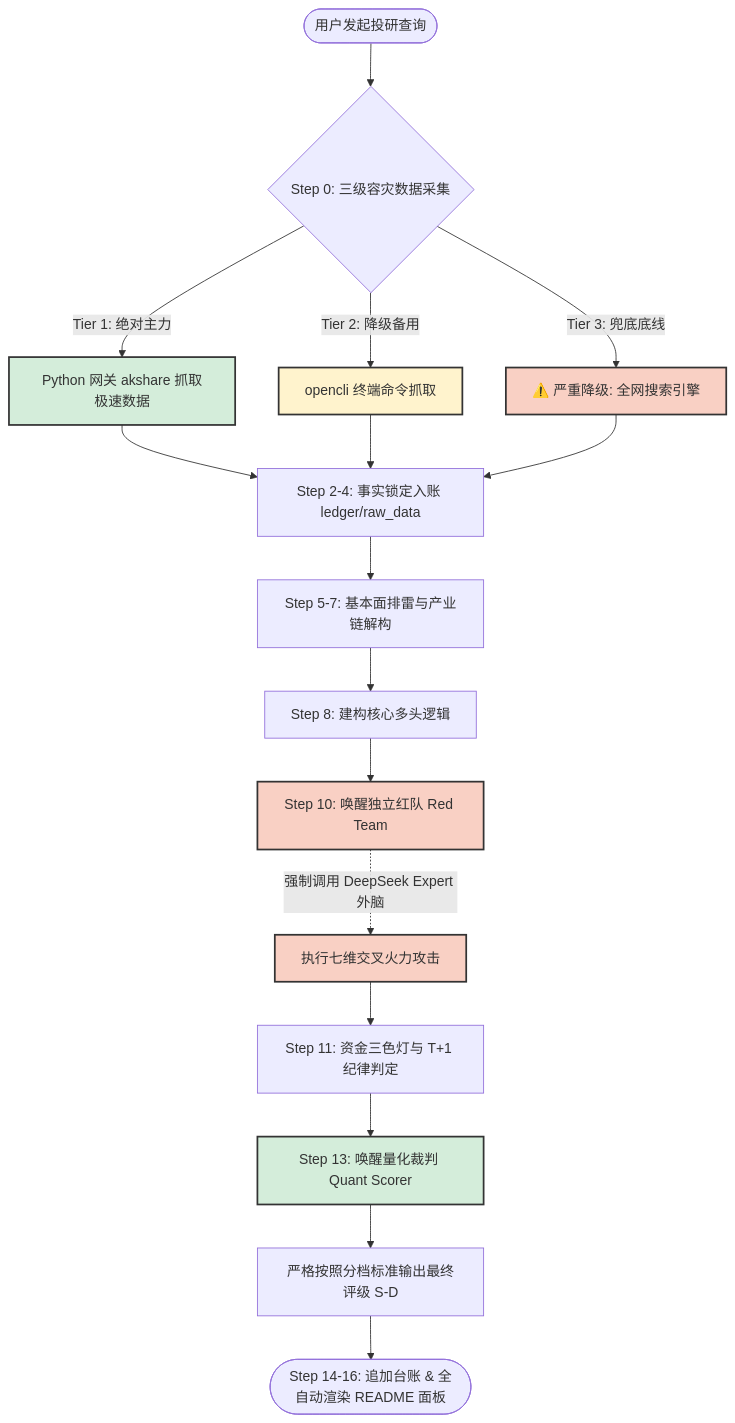
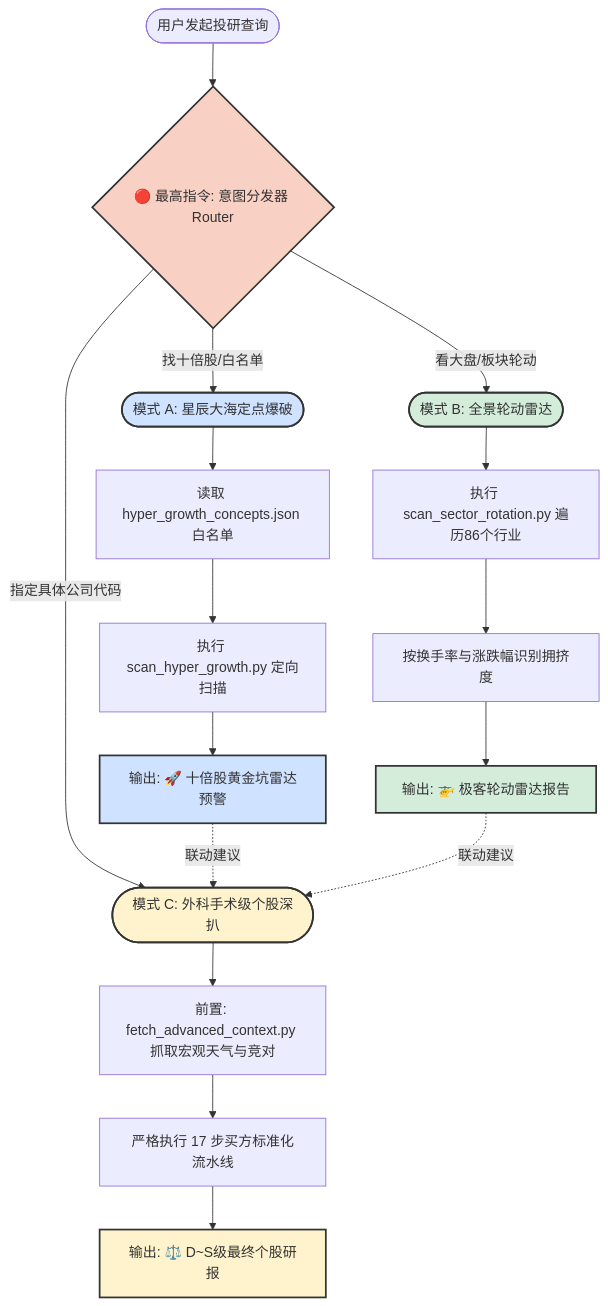
The diagram in README.md (nihong/company-researcher), drawn with Mermaid before and after one commit. The commit also changed other lines of this file and 6 other files, not shown here.

````diff
--- a/README.md
+++ b/README.md
@@ -25,25 +24,31 @@
 ```mermaid
 graph TD
-    A([用户发起投研查询]) --> B{Step 0: 三级容灾数据采集}
-    B -- Tier 1: 绝对主力 --> C[Python 网关 akshare 抓取极速数据]
-    B -- Tier 2: 降级备用 --> D[opencli 终端命令抓取]
-    B -- Tier 3: 兜底底线 --> E[⚠️ 严重降级: 全网搜索引擎]
-    C --> F[Step 2-4: 事实锁定入账 ledger/raw_data]
-    D --> F
-    E --> F
-    F --> G[Step 5-7: 基本面排雷与产业链解构]
-    G --> H[Step 8: 建构核心多头逻辑]
-    H --> I[Step 10: 唤醒独立红队 Red Team]
-    I -.->|强制调用 DeepSeek Expert 外脑| J[执行七维交叉火力攻击]
-    J --> K[Step 11: 资金三色灯与 T+1 纪律判定]
-    K --> L[Step 13: 唤醒量化裁判 Quant Scorer]
-    L --> M[严格按照分档标准输出最终评级 S-D]
-    M --> N([Step 14-16: 追加台账 & 全自动渲染 README 面板])
-
+    A([用户发起投研查询]) --> B{🔴 最高指令: 意图分发器 Router}
+    
+    B -- "找十倍股/白名单" --> C([模式 A: 星辰大海定点爆破])
+    C --> C1[读取 hyper_growth_concepts.json 白名单]
+    C1 --> C2[执行 scan_hyper_growth.py 定向扫描]
+    C2 --> C3[输出: 🚀 十倍股黄金坑雷达预警]
+    
+    B -- "看大盘/板块轮动" --> D([模式 B: 全景轮动雷达])
+    D --> D1[执行 scan_sector_rotation.py 遍历86个行业]
+    D1 --> D2[按换手率与涨跌幅识别拥挤度]
+    D2 --> D3[输出: 🚁 极客轮动雷达报告]
+    
+    B -- "指定具体公司代码" --> E([模式 C: 外科手术级个股深扒])
+    E --> E1[前置: fetch_advanced_context.py 抓取宏观天气与竞对]
+    E1 --> E2[严格执行 17 步买方标准化流水线]
+    E2 --> E3[输出: ⚖️ D~S级最终个股研报]
+    
+    C3 -.->|联动建议| E
+    D3 -.->|联动建议| E
+    
     classDef red fill:#f9d0c4,stroke:#333,stroke-width:2px;
-    class I,J,E red;
+    class B red;
+    classDef blue fill:#cfe2ff,stroke:#333,stroke-width:2px;
+    class C,C3 blue;
     classDef green fill:#d4edda,stroke:#333,stroke-width:2px;
-    class C,L green;
+    class D,D3 green;
     classDef yellow fill:#fff3cd,stroke:#333,stroke-width:2px;
-    class D yellow;
+    class E,E3 yellow;
 ```
````
